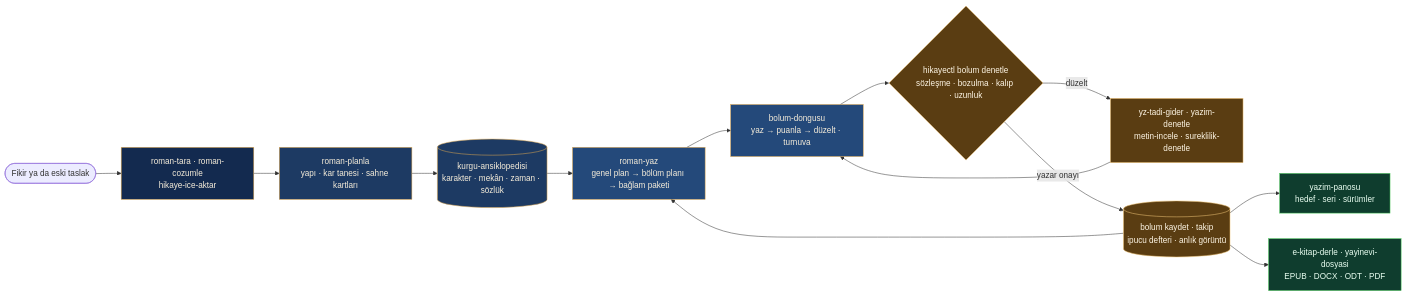
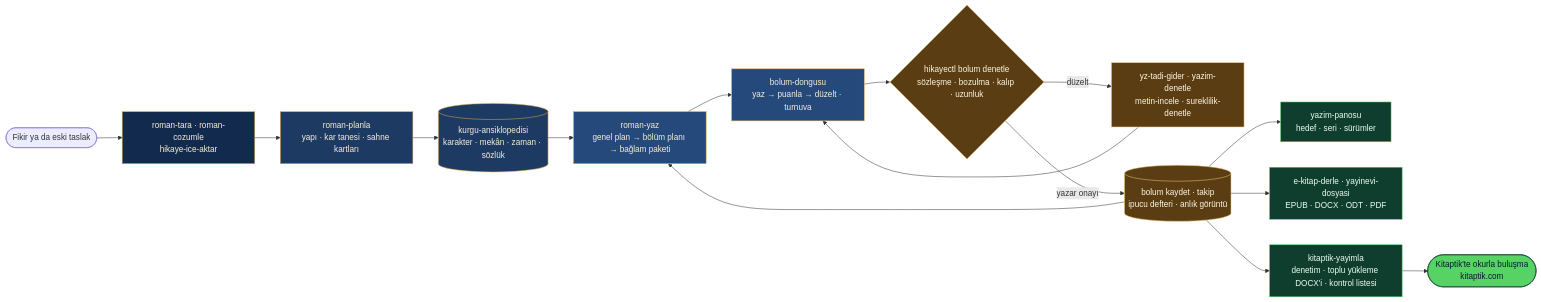
The diagram in README.md (cumabozkurt/ai-hikaye-roman-olusturma), drawn with Mermaid before and after one commit. The commit also changed other lines of this file and 99 other files, not shown here.

Commit message:
2.1.0: Kitaptik'te yayımla (kitaptik-yayimla becerisi, kitaptik_hazirla.py, rehber, testler)

````diff
--- a/README.md
+++ b/README.md
@@ -263,21 +291,24 @@
 ```mermaid
 flowchart LR
     classDef tara fill:#132a4f,stroke:#e0a84f,color:#f7eedb
     classDef plan fill:#1d3a63,stroke:#e0a84f,color:#f7eedb
     classDef yaz fill:#24497a,stroke:#e0a84f,color:#f7eedb
     classDef denet fill:#5a3d12,stroke:#f3c77a,color:#fff7e6
     classDef yayin fill:#0f3d2e,stroke:#56d364,color:#eafff2
+    classDef okur fill:#56d364,stroke:#0f3d2e,color:#0a1830
 
     A([Fikir ya da eski taslak]) --> T[roman-tara · roman-cozumle<br/>hikaye-ice-aktar]:::tara
     T --> P[roman-planla<br/>yapı · kar tanesi · sahne kartları]:::plan
     P --> B[(kurgu-ansiklopedisi<br/>karakter · mekân · zaman · sözlük)]:::plan
     B --> R[roman-yaz<br/>genel plan → bölüm planı → bağlam paketi]:::yaz
     R --> D[bolum-dongusu<br/>yaz → puanla → düzelt · turnuva]:::yaz
     D --> G{hikayectl bolum denetle<br/>sözleşme · bozulma · kalıp · uzunluk}:::denet
     G -- düzelt --> Y[yz-tadi-gider · yazim-denetle<br/>metin-incele · sureklilik-denetle]:::denet
     Y --> D
     G -- yazar onayı --> K[(bolum kaydet · takip<br/>ipucu defteri · anlık görüntü)]:::denet
     K --> S[yazim-panosu<br/>hedef · seri · sürümler]:::yayin
     K --> R
     K --> E[e-kitap-derle · yayinevi-dosyasi<br/>EPUB · DOCX · ODT · PDF]:::yayin
+    K --> KT[kitaptik-yayimla<br/>denetim · toplu yükleme DOCX'i · kontrol listesi]:::yayin
+    KT --> O([Kitaptik'te okurla buluşma<br/>kitaptik.com]):::okur
 ```
````
